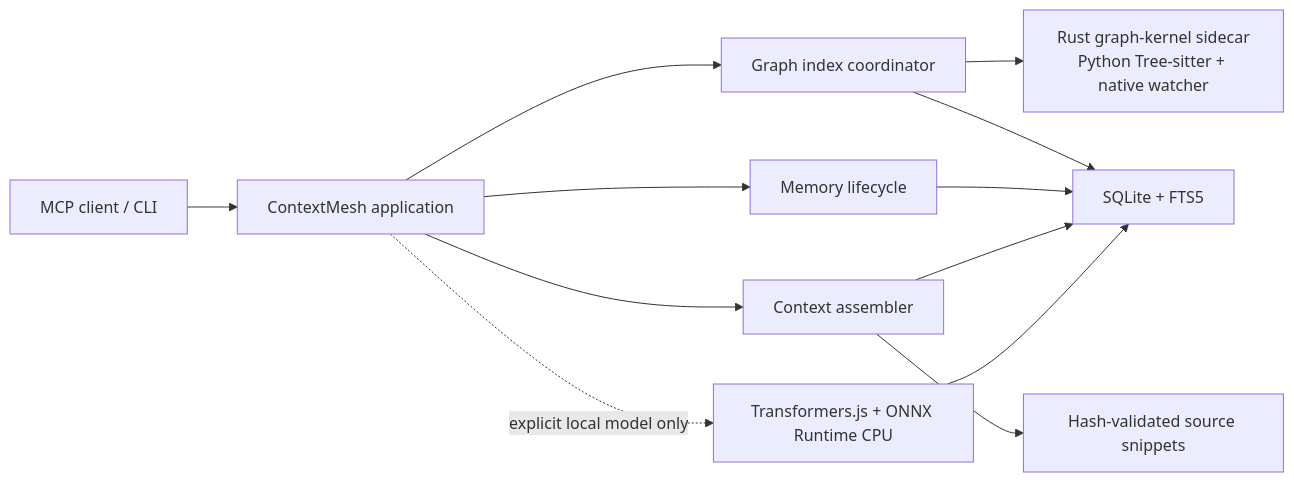
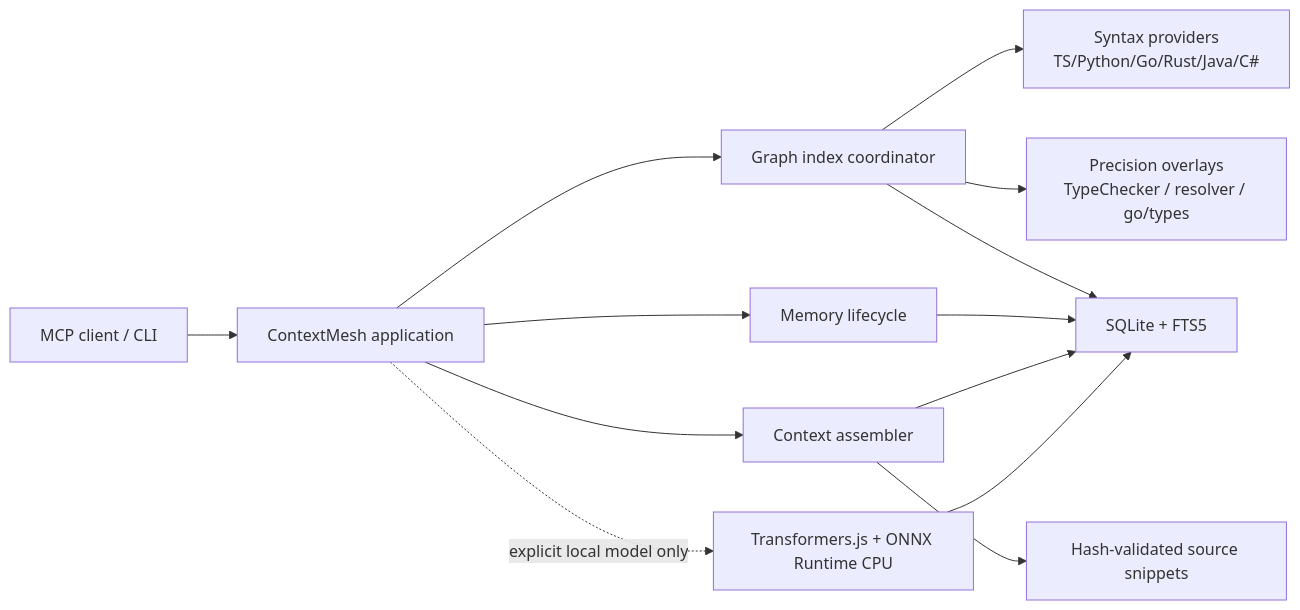
Before and after one commit to gapfixnid/contextmesh: the first of 2 diagrams in docs/architecture.md, drawn with Mermaid. The commit also changed other lines of this file and 30 other files, not shown here.

Commit message:
feat: add v0.5 precision providers and core languages

````diff
--- a/docs/architecture.md
+++ b/docs/architecture.md
@@ -5,14 +5,15 @@
 ```mermaid
 flowchart LR
   Client["MCP client / CLI"] --> App["ContextMesh application"]
   App --> Index["Graph index coordinator"]
-  Index --> Kernel["Rust graph-kernel sidecar<br/>Python Tree-sitter + native watcher"]
+  Index --> Kernel["Syntax providers<br/>TS/Python/Go/Rust/Java/C#"]
+  Index --> Precision["Precision overlays<br/>TypeChecker / resolver / go/types"]
   App --> Memory["Memory lifecycle"]
   App --> Context["Context assembler"]
   App -. "explicit local model only" .-> Semantic["Transformers.js + ONNX Runtime CPU"]
   Index --> Storage["SQLite + FTS5"]
   Memory --> Storage
   Context --> Storage
   Semantic --> Storage
   Context --> Source["Hash-validated source snippets"]
 ```
````
